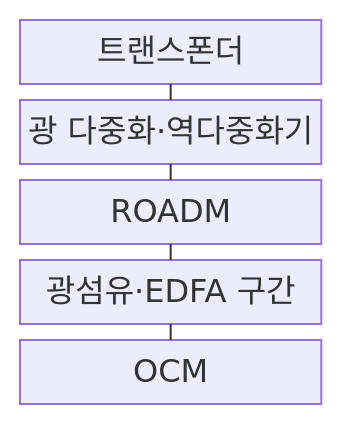
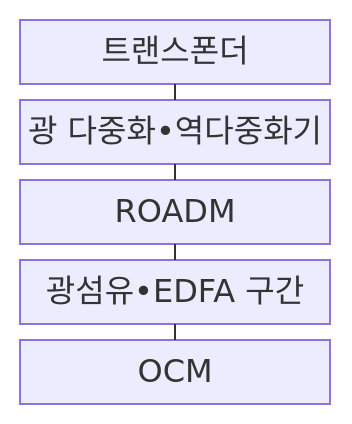
Before and after one commit to agnusdei1207/knowledge-base: the first of 2 diagrams in src/content/docs/notes/04-network/070_wdm_dwdm.md, drawn with Mermaid. The commit also changed other lines of this file and 953 other files, not shown here.

````diff
--- a/src/content/docs/notes/04-network/070_wdm_dwdm.md
+++ b/src/content/docs/notes/04-network/070_wdm_dwdm.md
@@ -70,13 +70,13 @@
 ```mermaid
 block-beta
     columns 1
     A["트랜스폰더"]
-    B["광 다중화·역다중화기"]
+    B["광 다중화•역다중화기"]
     C["ROADM"]
-    D["광섬유·EDFA 구간"]
+    D["광섬유•EDFA 구간"]
     E["OCM"]
     A --- B
     B --- C
     C --- D
     D --- E
 ```
````
